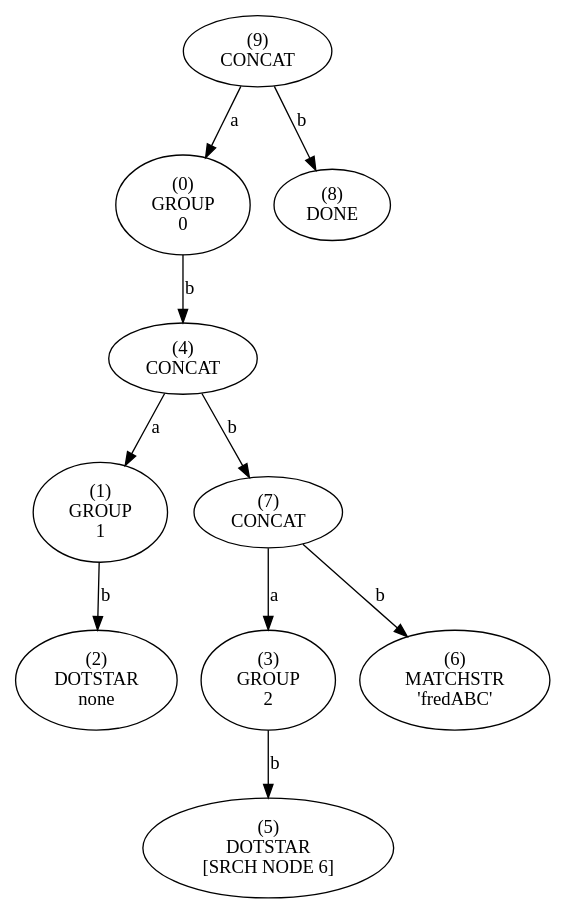
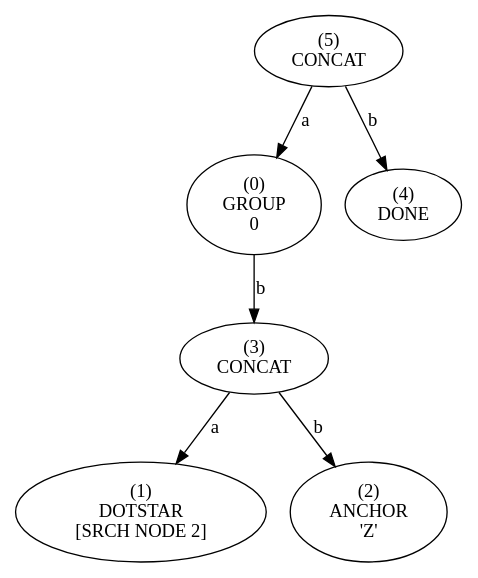
Before and after one commit to essele/rele: the diagram in tree/lee.dot, drawn with Graphviz. The commit also changed 11 other files, not shown here.

```diff
--- a/tree/lee.dot
+++ b/tree/lee.dot
@@ -1,41 +1,25 @@
 digraph tree {
-    n0xb3c46e557400 [label="(9)
+    n0xc07a5c0fa380 [label="(5)
 CONCAT
 "];
-    n0xb3c46e557400 -> n0xb3c46e5572e0 [label="a"];
-    n0xb3c46e5572e0 [label="(0)
+    n0xc07a5c0fa380 -> n0xc07a5c0fa2e0 [label="a"];
+    n0xc07a5c0fa2e0 [label="(0)
 GROUP
 0"];
-    n0xb3c46e5572e0 -> n0xb3c46e557360 [label="b"];
-    n0xb3c46e557360 [label="(4)
+    n0xc07a5c0fa2e0 -> n0xc07a5c0fa340 [label="b"];
+    n0xc07a5c0fa340 [label="(3)
 CONCAT
 "];
-    n0xb3c46e557360 -> n0xb3c46e557300 [label="a"];
-    n0xb3c46e557300 [label="(1)
-GROUP
-1"];
-    n0xb3c46e557300 -> n0xb3c46e557320 [label="b"];
-    n0xb3c46e557320 [label="(2)
+    n0xc07a5c0fa340 -> n0xc07a5c0fa300 [label="a"];
+    n0xc07a5c0fa300 [label="(1)
 DOTSTAR
-none"];
-    n0xb3c46e557360 -> n0xb3c46e5573c0 [label="b"];
-    n0xb3c46e5573c0 [label="(7)
-CONCAT
-"];
-    n0xb3c46e5573c0 -> n0xb3c46e557340 [label="a"];
-    n0xb3c46e557340 [label="(3)
-GROUP
-2"];
-    n0xb3c46e557340 -> n0xb3c46e557380 [label="b"];
-    n0xb3c46e557380 [label="(5)
-DOTSTAR
-[SRCH NODE 6]"];
-    n0xb3c46e5573c0 -> n0xb3c46e5573a0 [label="b"];
-    n0xb3c46e5573a0 [label="(6)
-MATCHSTR
-'fredABC'"];
-    n0xb3c46e557400 -> n0xb3c46e5573e0 [label="b"];
-    n0xb3c46e5573e0 [label="(8)
+[SRCH NODE 2]"];
+    n0xc07a5c0fa340 -> n0xc07a5c0fa320 [label="b"];
+    n0xc07a5c0fa320 [label="(2)
+ANCHOR
+'Z'"];
+    n0xc07a5c0fa380 -> n0xc07a5c0fa360 [label="b"];
+    n0xc07a5c0fa360 [label="(4)
 DONE
 "];
 }
```
